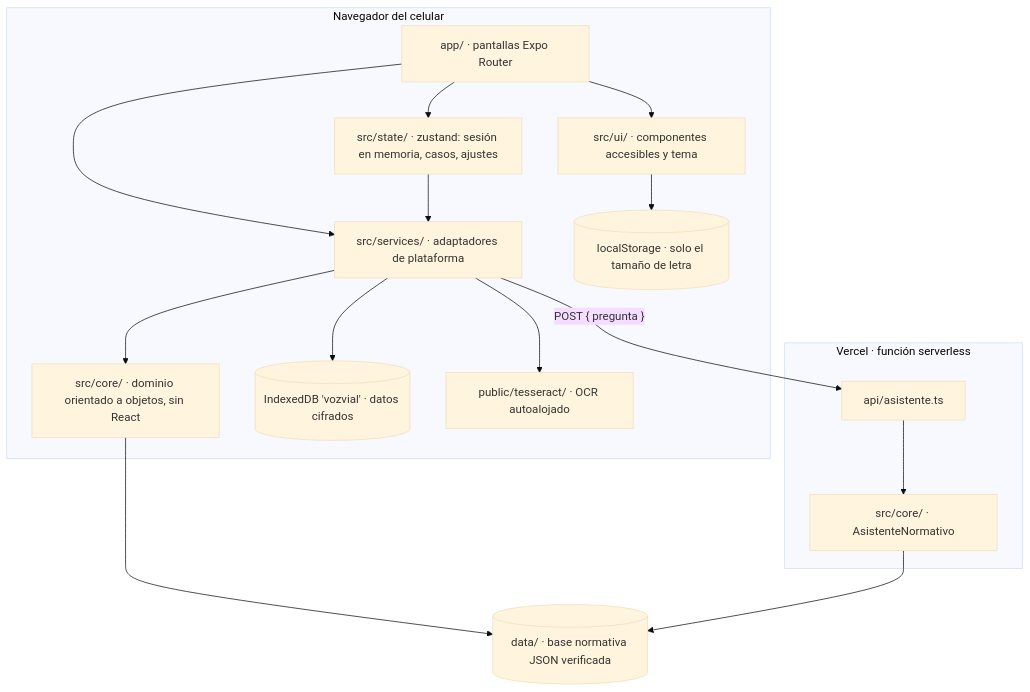
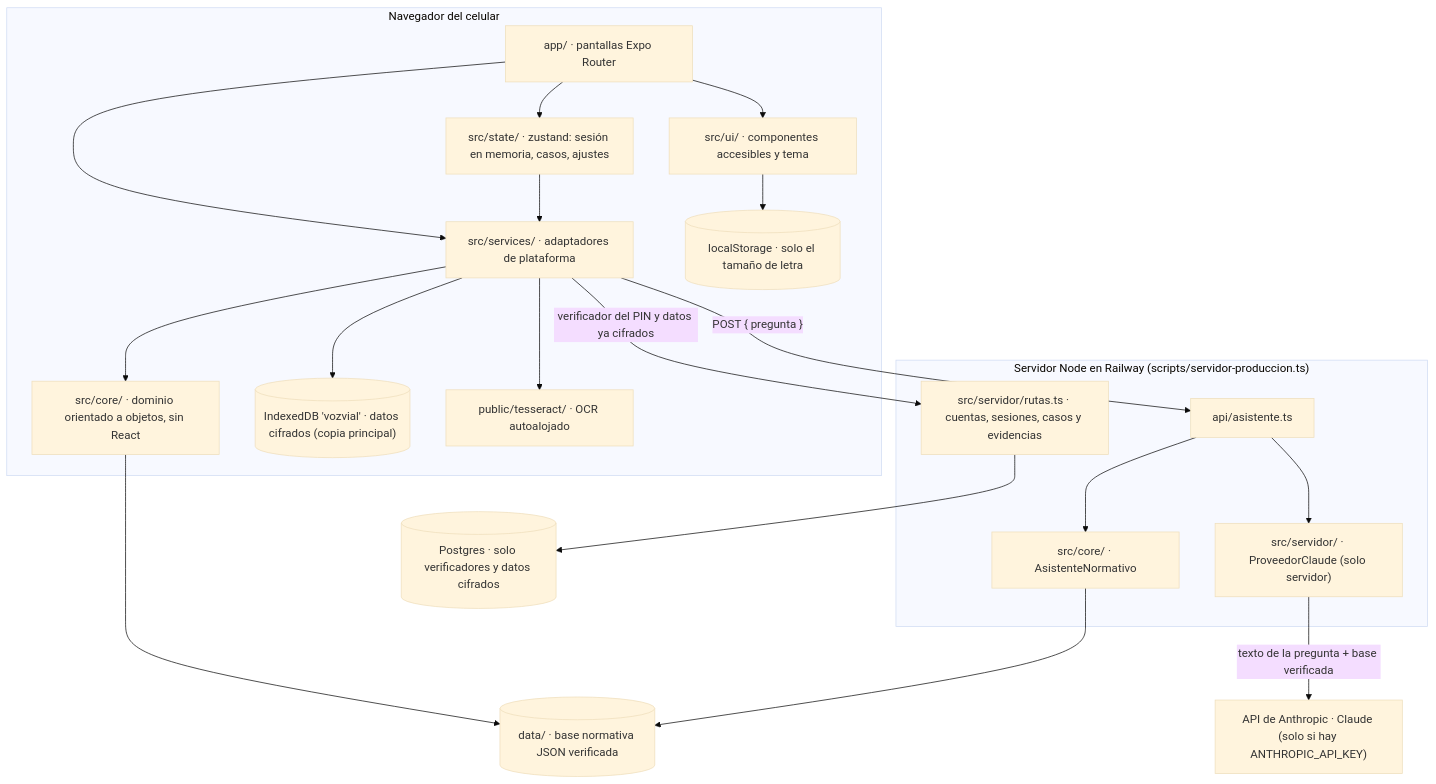
One commit to gonzalezvar/vozvial changed the first of 3 diagrams in README.md. Above: the diagram before and after it, drawn with Mermaid (base theme). The commit also changed other lines of this file and 68 other files, not shown here.

````diff
--- a/README.md
+++ b/README.md
@@ -48,31 +49,39 @@
 ```mermaid
 flowchart TD
   subgraph NAV["Navegador del celular"]
     APP["app/ · pantallas Expo Router"]
     UI["src/ui/ · componentes accesibles y tema"]
     STATE["src/state/ · zustand: sesión en memoria, casos, ajustes"]
     SERV["src/services/ · adaptadores de plataforma"]
     CORE["src/core/ · dominio orientado a objetos, sin React"]
-    IDB[("IndexedDB 'vozvial' · datos cifrados")]
+    IDB[("IndexedDB 'vozvial' · datos cifrados (copia principal)")]
     LS[("localStorage · solo el tamaño de letra")]
     TESS["public/tesseract/ · OCR autoalojado"]
   end
-  subgraph VER["Vercel · función serverless"]
+  subgraph VER["Servidor Node en Railway (scripts/servidor-produccion.ts)"]
     API["api/asistente.ts"]
+    SRV["src/servidor/ · ProveedorClaude (solo servidor)"]
+    RUT["src/servidor/rutas.ts · cuentas, sesiones, casos y evidencias"]
     CORESRV["src/core/ · AsistenteNormativo"]
   end
+  PG[("Postgres · solo verificadores y datos cifrados")]
+  ANT["API de Anthropic · Claude (solo si hay ANTHROPIC_API_KEY)"]
   DATA[("data/ · base normativa JSON verificada")]
 
   APP --> UI
   APP --> STATE
   APP --> SERV
   STATE --> SERV
   SERV --> CORE
   SERV --> IDB
   UI --> LS
   SERV --> TESS
   SERV -- "POST { pregunta }" --> API
+  SERV -- "verificador del PIN y datos ya cifrados" --> RUT
+  RUT --> PG
+  API --> SRV
   API --> CORESRV
+  SRV -- "texto de la pregunta + base verificada" --> ANT
   CORE --> DATA
   CORESRV --> DATA
 ```
````
